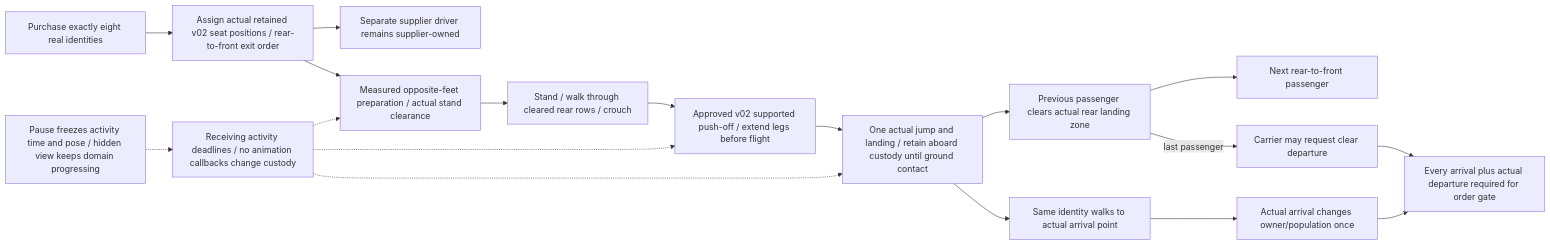
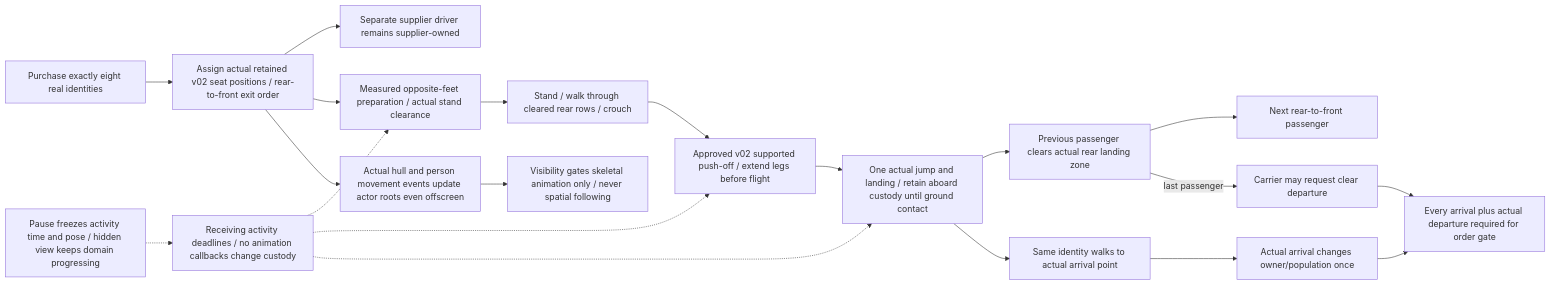
Before and after one commit to TheInfinityIQ/Trencho_V4: the diagram in docs/diagrams/supplier_passengers.mmd, drawn with Mermaid. The commit also changed 4 other files, not shown here.

Commit message:
Keep offscreen supplier passenger roots attached to actual movement

```diff
--- a/docs/diagrams/supplier_passengers.mmd
+++ b/docs/diagrams/supplier_passengers.mmd
@@ -1,18 +1,20 @@
 flowchart LR
   Buy[Purchase exactly eight real identities] --> Seats[Assign actual retained v02 seat positions / rear-to-front exit order]
   Seats --> Driver[Separate supplier driver remains supplier-owned]
   Seats --> Prep[Measured opposite-feet preparation / actual stand clearance]
   Prep --> Rear[Stand / walk through cleared rear rows / crouch]
   Rear --> Push[Approved v02 supported push-off / extend legs before flight]
   Push --> Jump[One actual jump and landing / retain aboard custody until ground contact]
   Jump --> Clear[Previous passenger clears actual rear landing zone]
   Clear --> Next[Next rear-to-front passenger]
   Jump --> Walk[Same identity walks to actual arrival point]
   Walk --> Admit[Actual arrival changes owner/population once]
   Clear -->|last passenger| Depart[Carrier may request clear departure]
   Admit --> Gate[Every arrival plus actual departure required for order gate]
   Depart --> Gate
   Clock[Receiving activity deadlines / no animation callbacks change custody] -.-> Prep
   Clock -.-> Push
   Clock -.-> Jump
   Pause[Pause freezes activity time and pose / hidden view keeps domain progressing] -.-> Clock
+  Seats --> Pose[Actual hull and person movement events update actor roots even offscreen]
+  Pose --> Visible[Visibility gates skeletal animation only / never spatial following]
```
